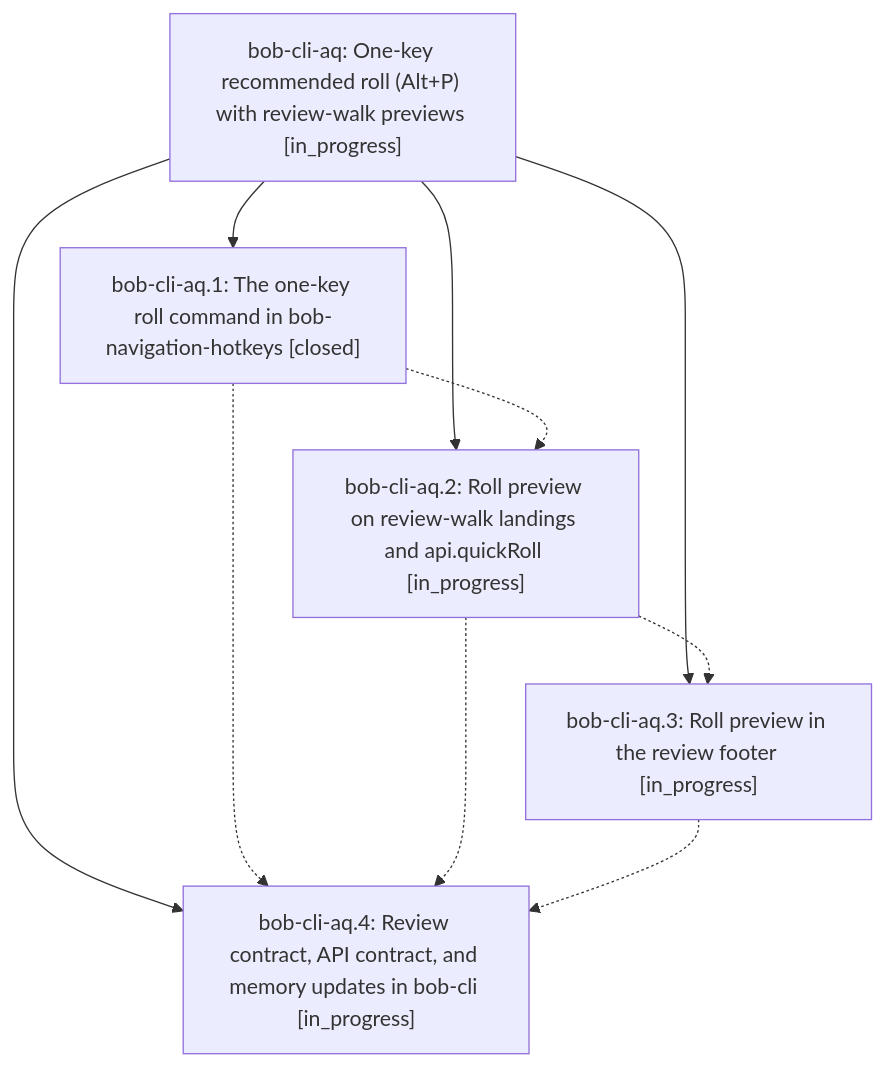
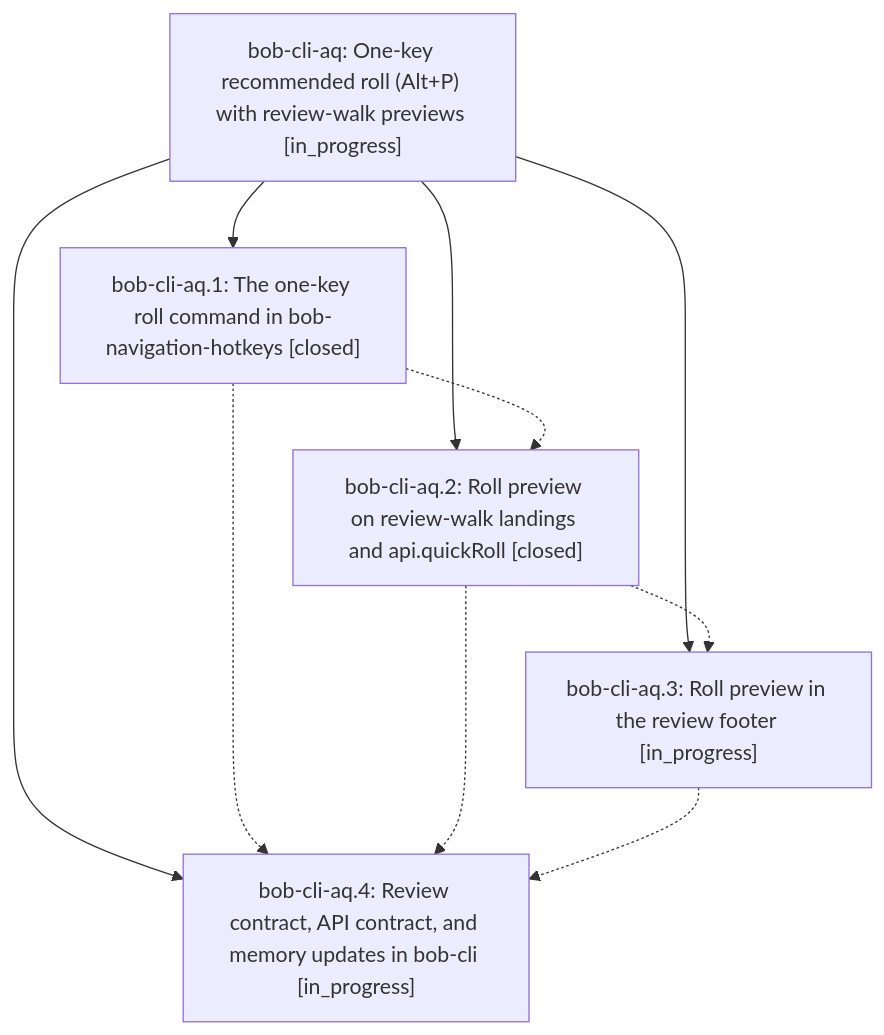
One commit to bobs-org/bob-cli--beads changed the diagram in pages/bob-cli-aq/README.md. Above: the diagram before and after it, drawn with Mermaid. The commit also changed other lines of this file and 4 other files, not shown here.

First line of the commit message:
chore(beads): sync bead state and pages for bob-cli-aq

````diff
--- a/pages/bob-cli-aq/README.md
+++ b/pages/bob-cli-aq/README.md
@@ -25,17 +39,17 @@
 ```mermaid
 flowchart TD
     n0["bob-cli-aq: One-key recommended roll (Alt+P) with review-walk previews [in_progress]"]
     n1["bob-cli-aq.1: The one-key roll command in bob-navigation-hotkeys [closed]"]
-    n2["bob-cli-aq.2: Roll preview on review-walk landings and api.quickRoll [in_progress]"]
+    n2["bob-cli-aq.2: Roll preview on review-walk landings and api.quickRoll [closed]"]
     n3["bob-cli-aq.3: Roll preview in the review footer [in_progress]"]
     n4["bob-cli-aq.4: Review contract, API contract, and memory updates in bob-cli [in_progress]"]
     n0 --> n1
     n0 --> n2
     n0 --> n3
     n0 --> n4
     n1 -.-> n2
     n1 -.-> n4
     n2 -.-> n3
     n2 -.-> n4
     n3 -.-> n4
 ```
````
